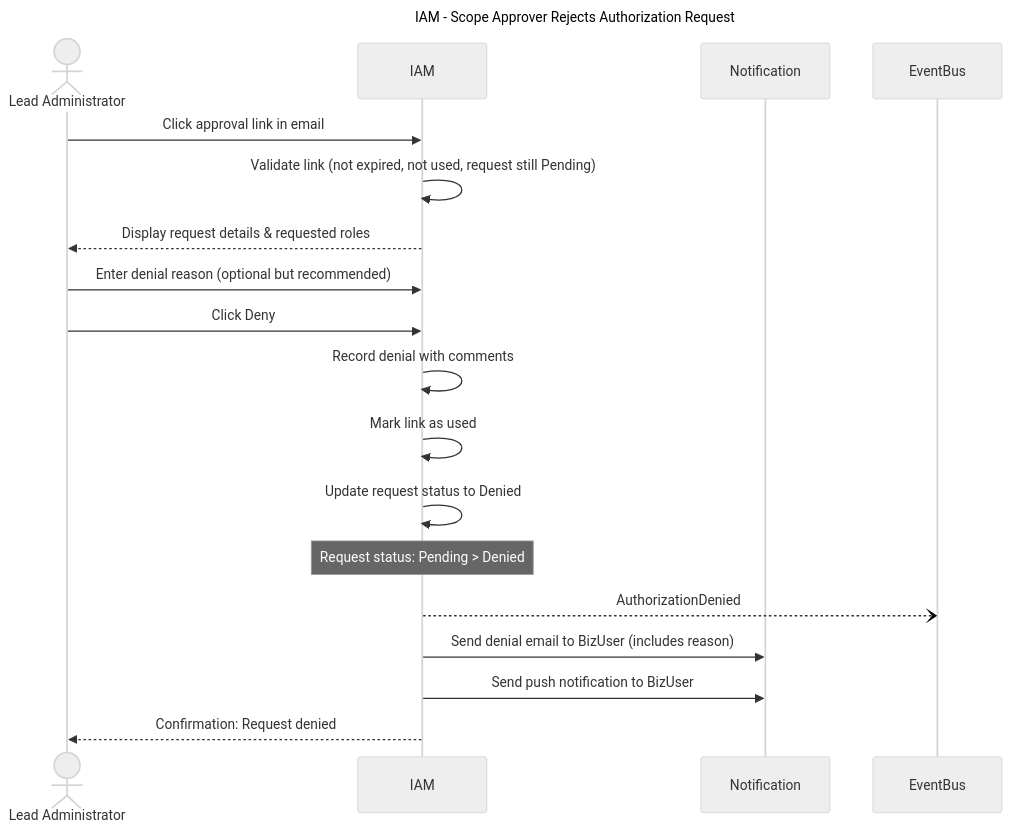
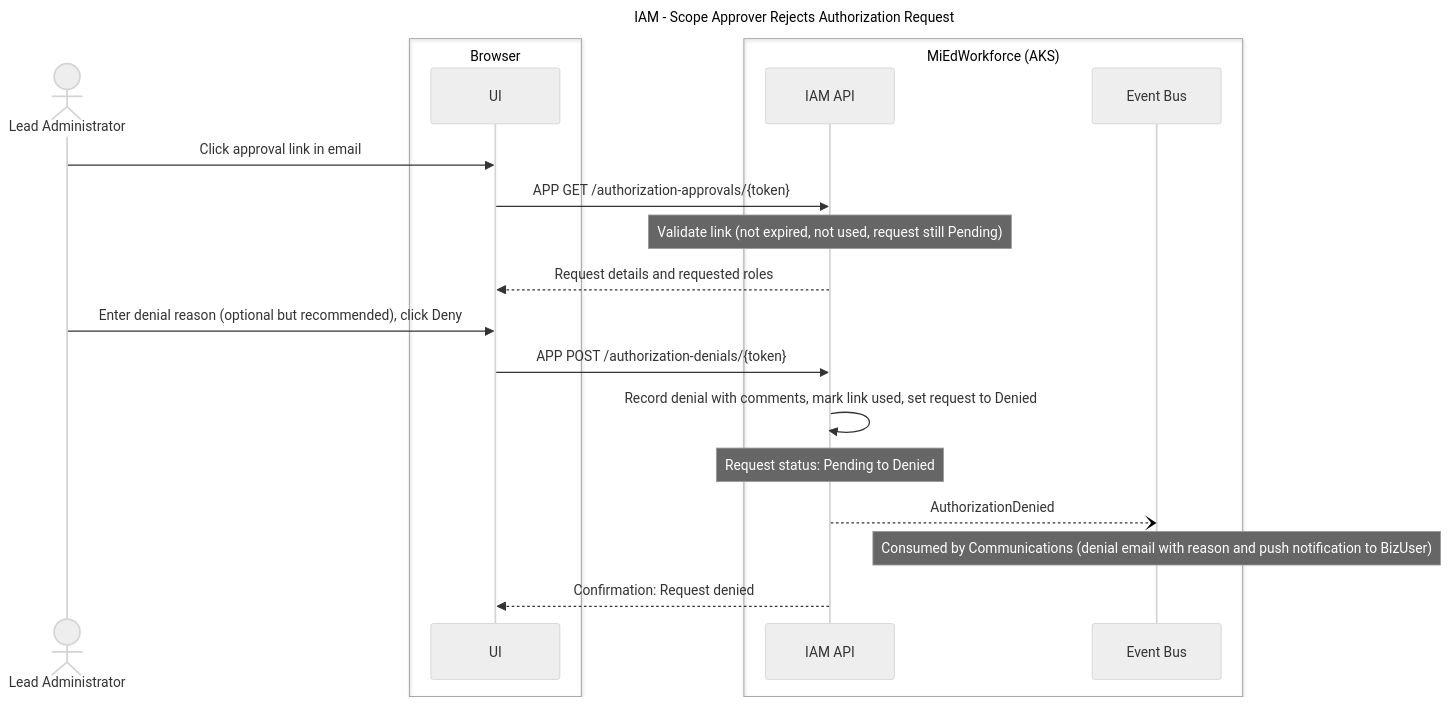
Before and after one commit to mnichols-dl/mied-design: the sixth of 23 diagrams in working-docs/solution-areas/iam/iam-sequences.md, drawn with Mermaid (neutral theme). The commit also changed other lines of this file and 34 other files, not shown here.

Commit message:
Update sequences and perform RTM assessment

````diff
--- a/working-docs/solution-areas/iam/iam-sequences.md
+++ b/working-docs/solution-areas/iam/iam-sequences.md
@@ -315,30 +349,31 @@
 ```mermaid
 ---
 title: IAM - Scope Approver Rejects Authorization Request
 ---
 sequenceDiagram
     actor LeadAdmin as Lead Administrator
-    participant IAM
-    participant Notification
-    participant EventBus
-    
-    LeadAdmin->>IAM: Click approval link in email
-    IAM->>IAM: Validate link (not expired, not used, request still Pending)
-    
-    IAM-->>LeadAdmin: Display request details & requested roles
-    
-    LeadAdmin->>IAM: Enter denial reason (optional but recommended)
-    LeadAdmin->>IAM: Click Deny
-    
-    IAM->>IAM: Record denial with comments
-    IAM->>IAM: Mark link as used
-    IAM->>IAM: Update request status to Denied
-    
-    Note over IAM: Request status: Pending > Denied
-    
-    IAM--)EventBus: AuthorizationDenied
-    IAM->>Notification: Send denial email to BizUser (includes reason)
-    IAM->>Notification: Send push notification to BizUser
-    
-    IAM-->>LeadAdmin: Confirmation: Request denied
+    box Browser
+    participant UI
+    end
+    box MiEdWorkforce (AKS)
+    participant IamApi as IAM API
+    participant EventBus as Event Bus
+    end
+
+    LeadAdmin->>UI: Click approval link in email
+    UI->>IamApi: APP GET /authorization-approvals/{token}
+    Note over IamApi: Validate link (not expired, not used, request still Pending)
+    IamApi-->>UI: Request details and requested roles
+
+    LeadAdmin->>UI: Enter denial reason (optional but recommended), click Deny
+    UI->>IamApi: APP POST /authorization-denials/{token}
+
+    IamApi->>IamApi: Record denial with comments, mark link used, set request to Denied
+
+    Note over IamApi: Request status: Pending to Denied
+
+    IamApi--)EventBus: AuthorizationDenied
+    Note over EventBus: Consumed by Communications (denial email with reason and push notification to BizUser)
+
+    IamApi-->>UI: Confirmation: Request denied
 ```
````
